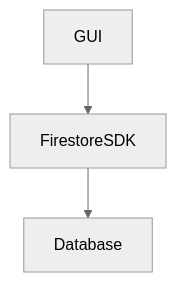
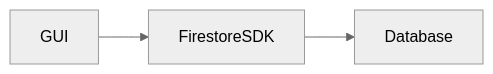
One commit to Negative-light/timekeeper changed the first of 2 diagrams in README.md. Above: the diagram before and after it, drawn with Mermaid (neutral theme). The commit also changed other lines of this file, not shown here.

````diff
--- a/README.md
+++ b/README.md
@@ -19,4 +20,4 @@
 ```mermaid
-flowchart
+flowchart LR
     GUI-->FirestoreSDK-->Database
 ```
````
